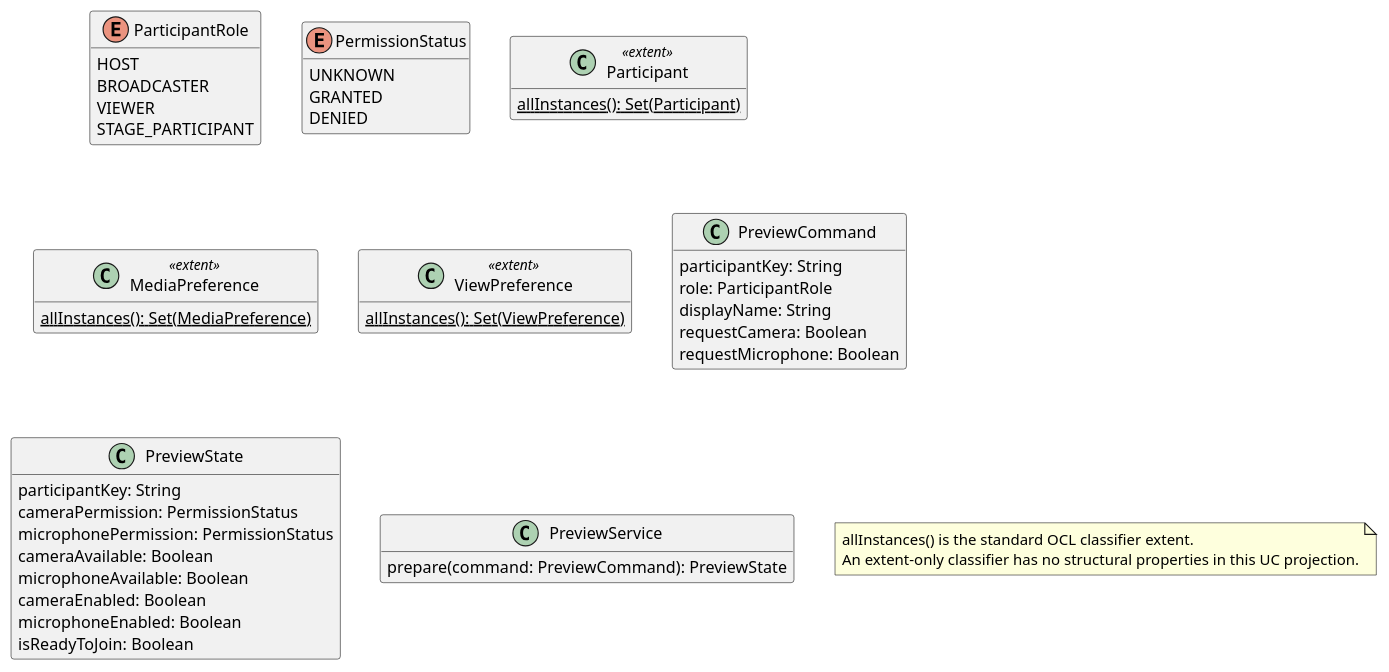
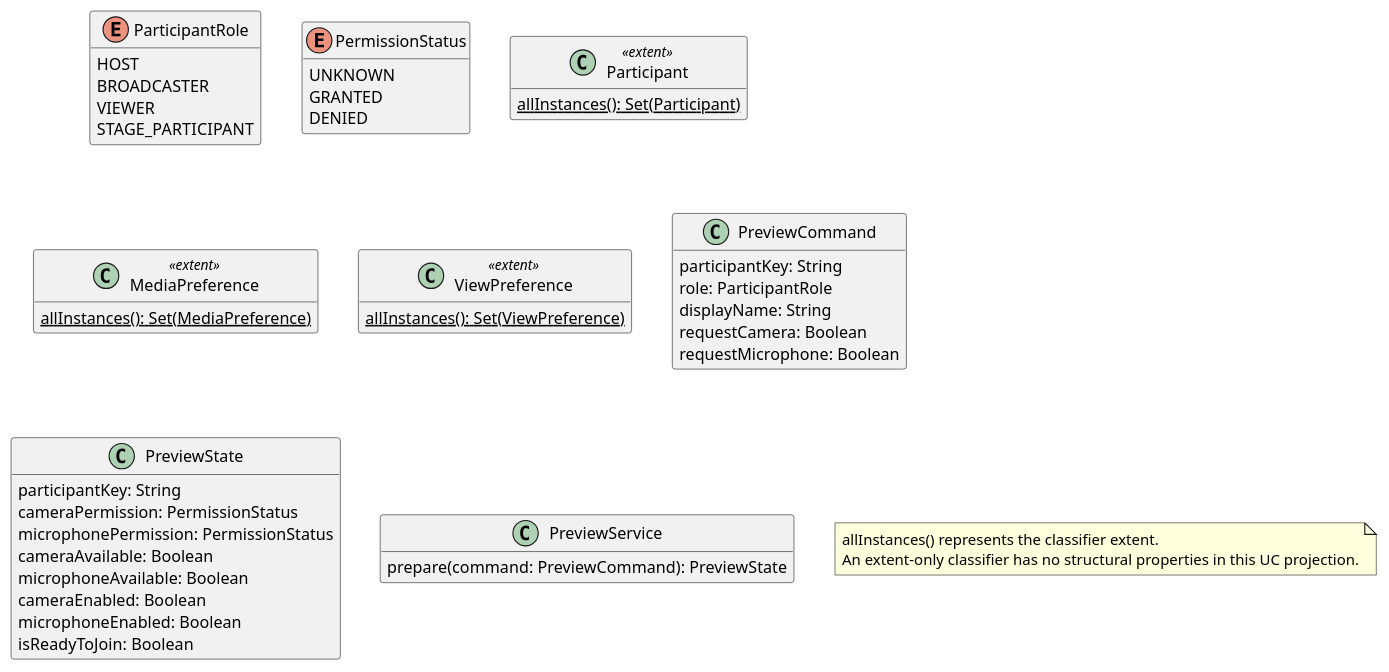
The diagram in docs/01-inception/use-cases/uc-01-review-join-preview-and-permissions.md (tudzct/business-vibe-coding), drawn with PlantUML before and after one commit. The commit also changed 72 other files, not shown here.

```diff
--- a/docs/01-inception/use-cases/uc-01-review-join-preview-and-permissions.md
+++ b/docs/01-inception/use-cases/uc-01-review-join-preview-and-permissions.md
@@ -85,46 +85,46 @@
 ~~~plantuml
 @startuml
 hide empty members
 enum ParticipantRole {
   HOST
   BROADCASTER
   VIEWER
   STAGE_PARTICIPANT
 }
 enum PermissionStatus {
   UNKNOWN
   GRANTED
   DENIED
 }
 class Participant <<extent>> {
   {static} allInstances(): Set(Participant)
 }
 class MediaPreference <<extent>> {
   {static} allInstances(): Set(MediaPreference)
 }
 class ViewPreference <<extent>> {
   {static} allInstances(): Set(ViewPreference)
 }
 class PreviewCommand {
   participantKey: String
   role: ParticipantRole
   displayName: String
   requestCamera: Boolean
   requestMicrophone: Boolean
 }
 class PreviewState {
   participantKey: String
   cameraPermission: PermissionStatus
   microphonePermission: PermissionStatus
   cameraAvailable: Boolean
   microphoneAvailable: Boolean
   cameraEnabled: Boolean
   microphoneEnabled: Boolean
   isReadyToJoin: Boolean
 }
 class PreviewService {
   prepare(command: PreviewCommand): PreviewState
 }
-note "allInstances() is the standard OCL classifier extent.\nAn extent-only classifier has no structural properties in this UC projection." as ExtentSemantics
+note "allInstances() represents the classifier extent.\nAn extent-only classifier has no structural properties in this UC projection." as ExtentSemantics
 @enduml
 ~~~
```
